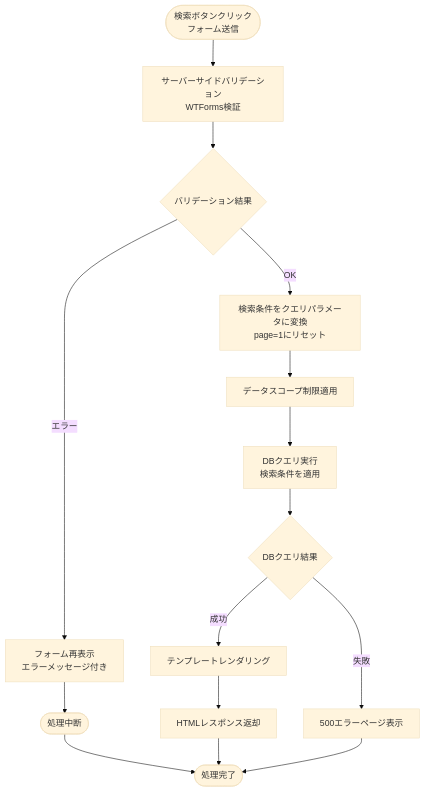
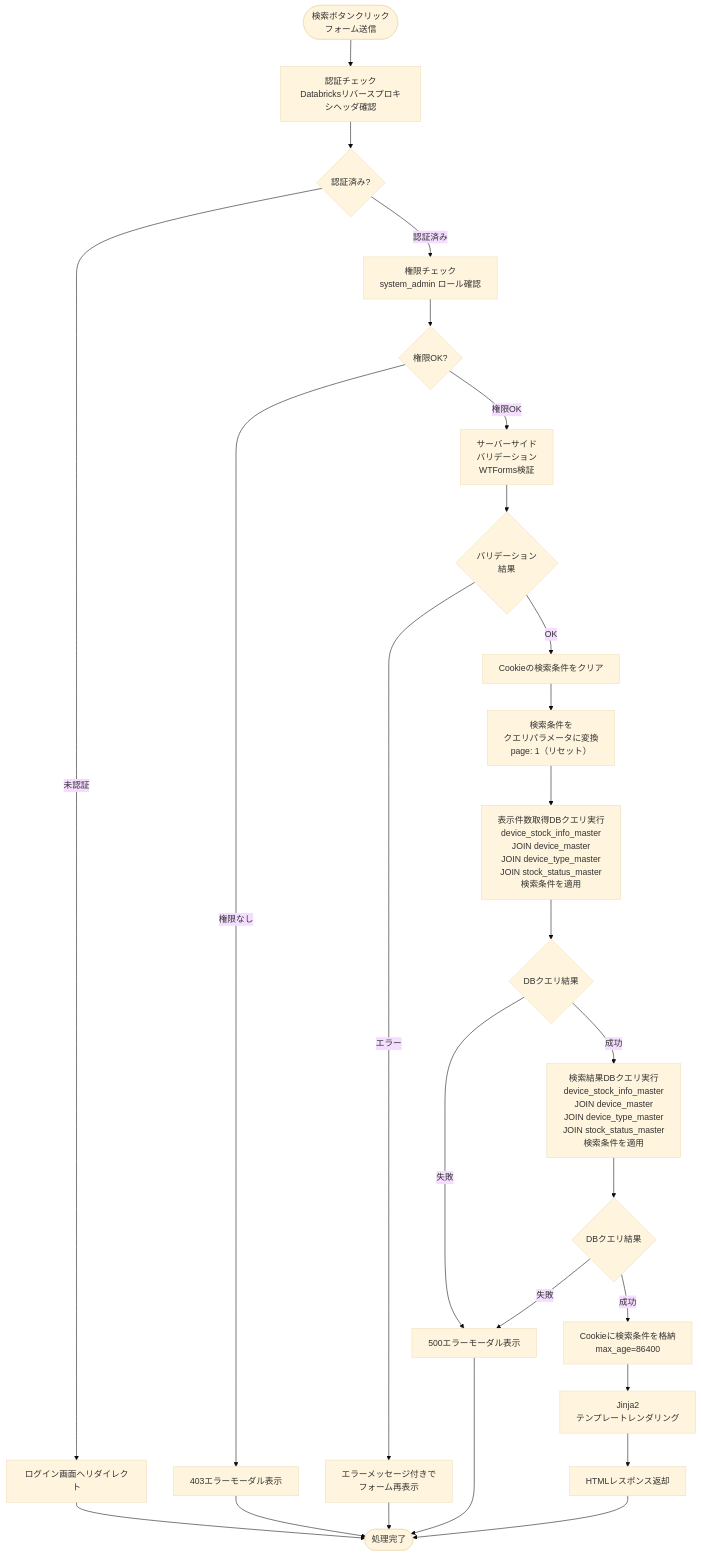
The second of 9 diagrams in docs/03-features/flask-app/device-inventory/workflow-specification.md (NSW-SVCP-AIWG002/Databricks-IoT), drawn with Mermaid (base theme) before and after one commit. The commit also changed other lines of this file and 4 other files, not shown here.

````diff
--- a/docs/03-features/flask-app/device-inventory/workflow-specification.md
+++ b/docs/03-features/flask-app/device-inventory/workflow-specification.md
@@ -236,22 +293,36 @@
 ```mermaid
 flowchart TD
-    Start([検索ボタンクリック<br>フォーム送信]) --> Validate[サーバーサイドバリデーション<br>WTForms検証]
-    Validate --> ValidCheck{バリデーション結果}
+    Start([検索ボタンクリック<br>フォーム送信]) --> Auth[認証チェック<br>Databricksリバースプロキシヘッダ確認]
+    Auth --> CheckAuth{認証済み?}
+    CheckAuth -->|未認証| Error401[ログイン画面へリダイレクト]
+    Error401 --> End([処理完了])
 
-    ValidCheck -->|エラー| ValidError[フォーム再表示<br>エラーメッセージ付き]
-    ValidError --> ValidEnd([処理中断])
+    CheckAuth -->|認証済み| Permission[権限チェック<br>system_admin ロール確認]
+    Permission --> CheckPerm{権限OK?}
+    CheckPerm -->|権限なし| Error403[403エラーモーダル表示]
+    Error403 --> End
 
-    ValidCheck -->|OK| Convert[検索条件をクエリパラメータに変換<br>page=1にリセット]
-    Convert --> Scope[データスコープ制限適用]
-    Scope --> Query[DBクエリ実行<br>検索条件を適用]
-    Query --> CheckDB{DBクエリ結果}
+    CheckPerm -->|権限OK| Validate[サーバーサイド<br>バリデーション<br>WTForms検証]
+    Validate --> ValidCheck{バリデーション<br>結果}
 
-    CheckDB -->|成功| Template[テンプレートレンダリング]
+    ValidCheck -->|エラー| ValidError[エラーメッセージ付きで<br>フォーム再表示]
+    ValidError --> End
+
+    ValidCheck -->|OK| ClearCookie[Cookieの検索条件をクリア]
+    ClearCookie --> Convert[検索条件を<br>クエリパラメータに変換<br>page: 1（リセット）]
+    Convert --> Count[表示件数取得DBクエリ実行<br>device_stock_info_master<br>JOIN device_master<br>JOIN device_type_master<br>JOIN stock_status_master<br>検索条件を適用]
+    Count --> CheckDB{DBクエリ結果}
+
+    CheckDB -->|失敗| Error500[500エラーモーダル表示]
+    Error500 --> End
+
+    CheckDB -->|成功| Query[検索結果DBクエリ実行<br>device_stock_info_master<br>JOIN device_master<br>JOIN device_type_master<br>JOIN stock_status_master<br>検索条件を適用]
+    Query --> CheckDB2{DBクエリ結果}
+
+    CheckDB2 -->|失敗| Error500
+
+    CheckDB2 -->|成功| PutParams[Cookieに検索条件を格納<br>max_age=86400]
+    PutParams --> Template[Jinja2<br>テンプレートレンダリング]
     Template --> Response[HTMLレスポンス返却]
-
-    CheckDB -->|失敗| Error500[500エラーページ表示]
-
-    ValidEnd --> End([処理完了])
     Response --> End
-    Error500 --> End
 ```
````
